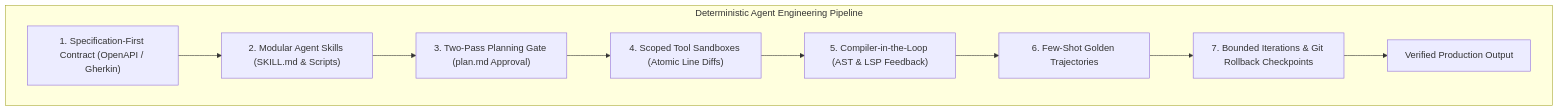
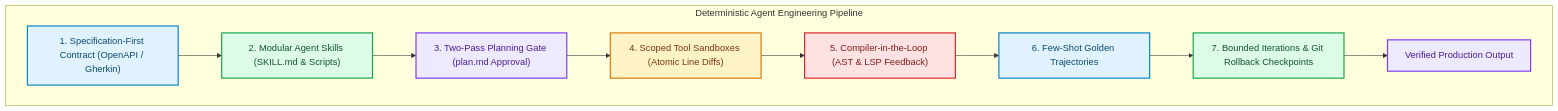
One commit to akmalkhaniub/akmalkhaniub.github.io changed the first of 2 diagrams in blog/posts/how-to-tame-your-agents-deterministic-ai-engineering-strategies.md. Above: the diagram before and after it, drawn with Mermaid. The commit also changed other lines of this file and 1291 other files, not shown here.

First line of the commit message:
feat(catalog): unique covers, scholarly references, and diagram palettes

````diff
--- a/blog/posts/how-to-tame-your-agents-deterministic-ai-engineering-strategies.md
+++ b/blog/posts/how-to-tame-your-agents-deterministic-ai-engineering-strategies.md
@@ -13,12 +13,23 @@
 ```mermaid
 flowchart TD
   subgraph SG1_DeterministicAgentEngineering ["Deterministic Agent Engineering Pipeline"]
     Contract["1. Specification-First Contract (OpenAPI / Gherkin)"] --> Skills["2. Modular Agent Skills (SKILL.md & Scripts)"]
     Skills --> PlanGate["3. Two-Pass Planning Gate (plan.md Approval)"]
     PlanGate --> ScopedTools["4. Scoped Tool Sandboxes (Atomic Line Diffs)"]
     ScopedTools --> CompilerGate["5. Compiler-in-the-Loop (AST & LSP Feedback)"]
     CompilerGate --> GoldenAnchors["6. Few-Shot Golden Trajectories"]
     GoldenAnchors --> RollbackGate["7. Bounded Iterations & Git Rollback Checkpoints"]
     RollbackGate --> VerifiedPR["Verified Production Output"]
   end
+
+classDef green fill:#dcfce7,stroke:#16a34a,stroke-width:2px,color:#14532d;
+classDef red fill:#fee2e2,stroke:#dc2626,stroke-width:2px,color:#7f1d1d;
+classDef blue fill:#e0f2fe,stroke:#0284c7,stroke-width:2px,color:#0c4a6e;
+classDef yellow fill:#fef3c7,stroke:#d97706,stroke-width:2px,color:#78350f;
+classDef purple fill:#ede9fe,stroke:#7c3aed,stroke-width:2px,color:#4c1d95;
+class Contract,GoldenAnchors blue
+class Skills,RollbackGate green
+class PlanGate,VerifiedPR purple
+class ScopedTools yellow
+class CompilerGate red
 ```
````
